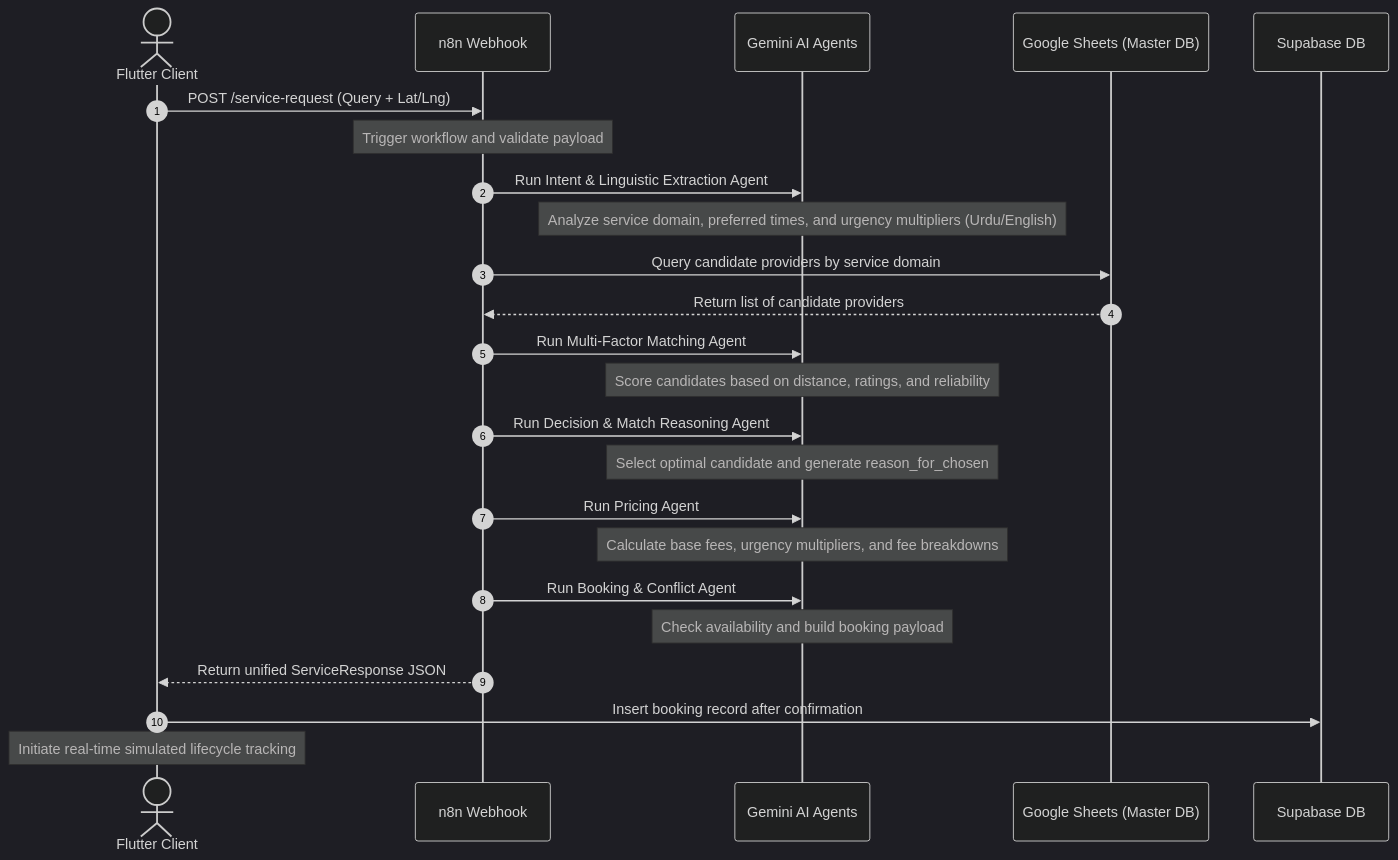
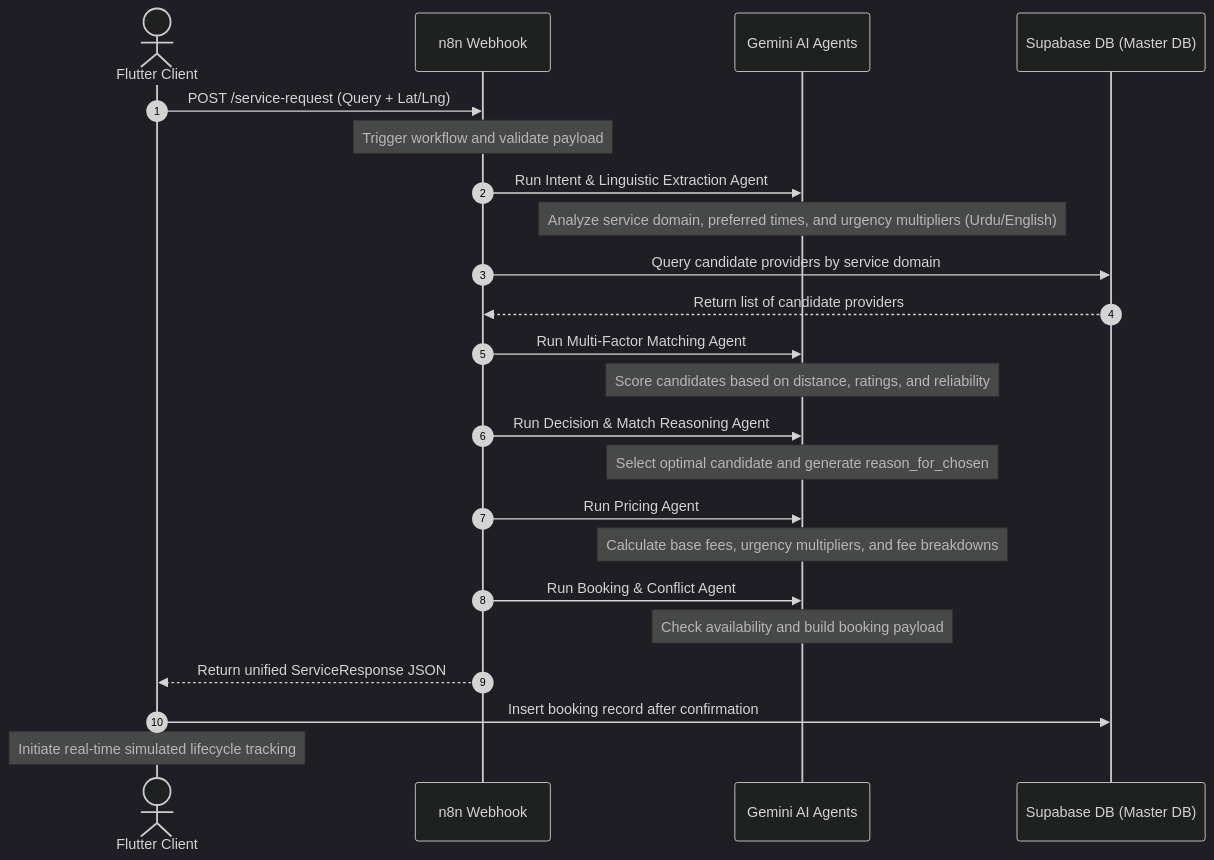
Before and after one commit to ahad324/Serviq: the diagram in README.md, drawn with Mermaid (dark theme). The commit also changed other lines of this file and 2 other files, not shown here.

Commit message:
chore: migrate backend data source from Google Sheets to Supabase in documentation and schema

````diff
--- a/README.md
+++ b/README.md
@@ -34,43 +34,42 @@
 ```mermaid
 sequenceDiagram
     autonumber
 
     actor User as Flutter Client
     participant Webhook as n8n Webhook
     participant Agents as Gemini AI Agents
-    participant Sheets as Google Sheets (Master DB)
-    participant DB as Supabase DB
+    participant DB as Supabase DB (Master DB)
 
     User->>Webhook: POST /service-request (Query + Lat/Lng)
 
     Note over Webhook: Trigger workflow and validate payload
 
     Webhook->>Agents: Run Intent & Linguistic Extraction Agent
 
     Note over Agents: Analyze service domain, preferred times, and urgency multipliers (Urdu/English)
 
-    Webhook->>Sheets: Query candidate providers by service domain
-    Sheets-->>Webhook: Return list of candidate providers
+    Webhook->>DB: Query candidate providers by service domain
+    DB-->>Webhook: Return list of candidate providers
 
     Webhook->>Agents: Run Multi-Factor Matching Agent
 
     Note over Agents: Score candidates based on distance, ratings, and reliability
 
     Webhook->>Agents: Run Decision & Match Reasoning Agent
 
     Note over Agents: Select optimal candidate and generate reason_for_chosen
 
     Webhook->>Agents: Run Pricing Agent
 
     Note over Agents: Calculate base fees, urgency multipliers, and fee breakdowns
 
     Webhook->>Agents: Run Booking & Conflict Agent
 
     Note over Agents: Check availability and build booking payload
 
     Webhook-->>User: Return unified ServiceResponse JSON
 
     User->>DB: Insert booking record after confirmation
 
     Note over User: Initiate real-time simulated lifecycle tracking
 ```
````
